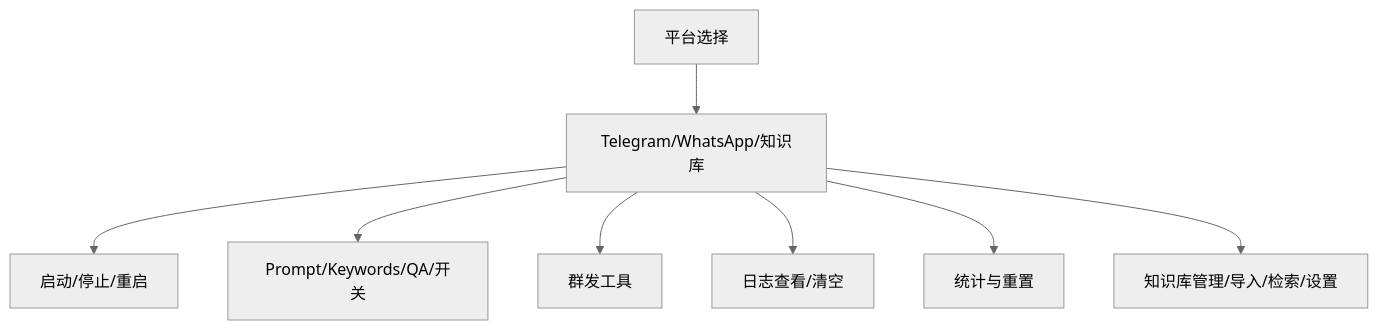
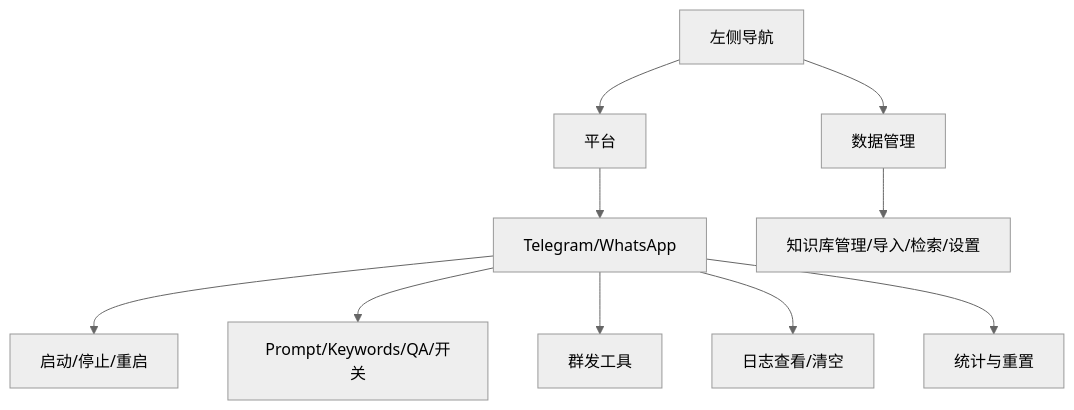
One commit to hverlott/AI----agent changed the fifth of 9 diagrams in docs/System-Architecture.md. Above: the diagram before and after it, drawn with Mermaid (neutral theme). The commit also changed 32 other files, not shown here.

````diff
--- a/docs/System-Architecture.md
+++ b/docs/System-Architecture.md
@@ -85,10 +85,12 @@
 ```mermaid
 graph TD
-    Sidebar[平台选择] --> Panels[Telegram/WhatsApp/知识库]
+    Sidebar[左侧导航] --> Platform[平台]
+    Sidebar --> DataMgmt[数据管理]
+    Platform --> Panels[Telegram/WhatsApp]
     Panels --> StartStop[启动/停止/重启]
     Panels --> Config[Prompt/Keywords/QA/开关]
     Panels --> Broadcast[群发工具]
     Panels --> Logs[日志查看/清空]
     Panels --> Stats[统计与重置]
-    Panels --> KBPanel[知识库管理/导入/检索/设置]
+    DataMgmt --> KBPanel[知识库管理/导入/检索/设置]
 ```
````
